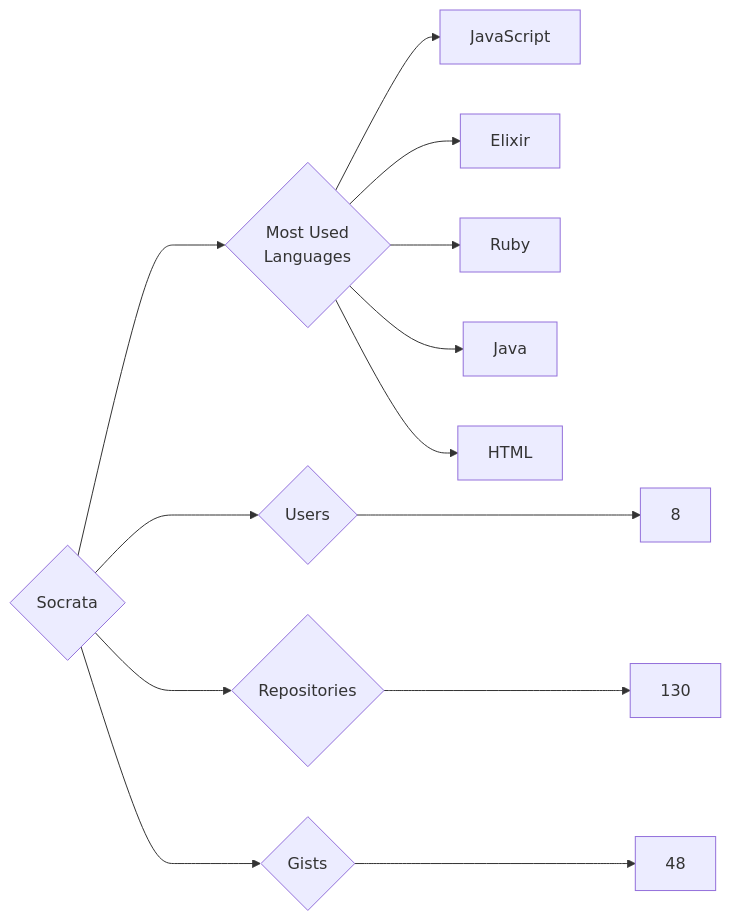
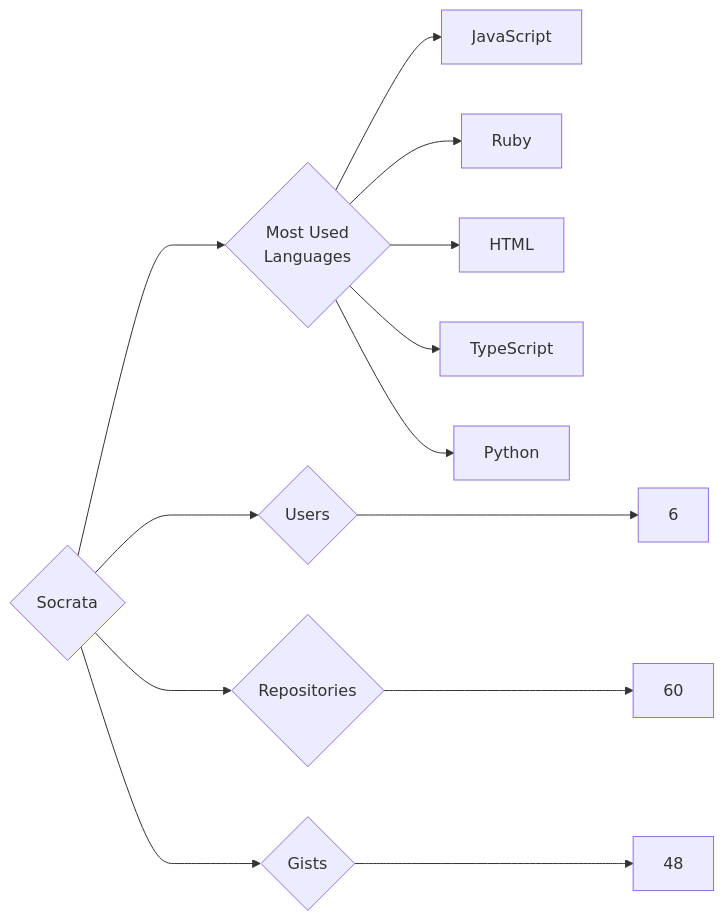
The diagram in targets/Socrata/README.md (trickest/insiders), drawn with Mermaid before and after one commit. The commit also changed 1496 other files, not shown here.

````diff
--- a/targets/Socrata/README.md
+++ b/targets/Socrata/README.md
@@ -3,13 +3,13 @@
 ```mermaid
 graph LR
 COMPANY_NAME{Socrata}
-COMPANY_NAME ---> U{Users} ---> UN[8]
-COMPANY_NAME ---> R{Repositories} ---> RN[130]
+COMPANY_NAME ---> U{Users} ---> UN[6]
+COMPANY_NAME ---> R{Repositories} ---> RN[60]
 COMPANY_NAME ---> G{Gists} ---> GN[48]
 COMPANY_NAME ---> ML{Most Used<br>Languages}
 ML --> JavaScript[JavaScript]
-ML --> Elixir[Elixir]
 ML --> Ruby[Ruby]
-ML --> Java[Java]
 ML --> HTML[HTML]
+ML --> TypeScript[TypeScript]
+ML --> Python[Python]
 ```
````
